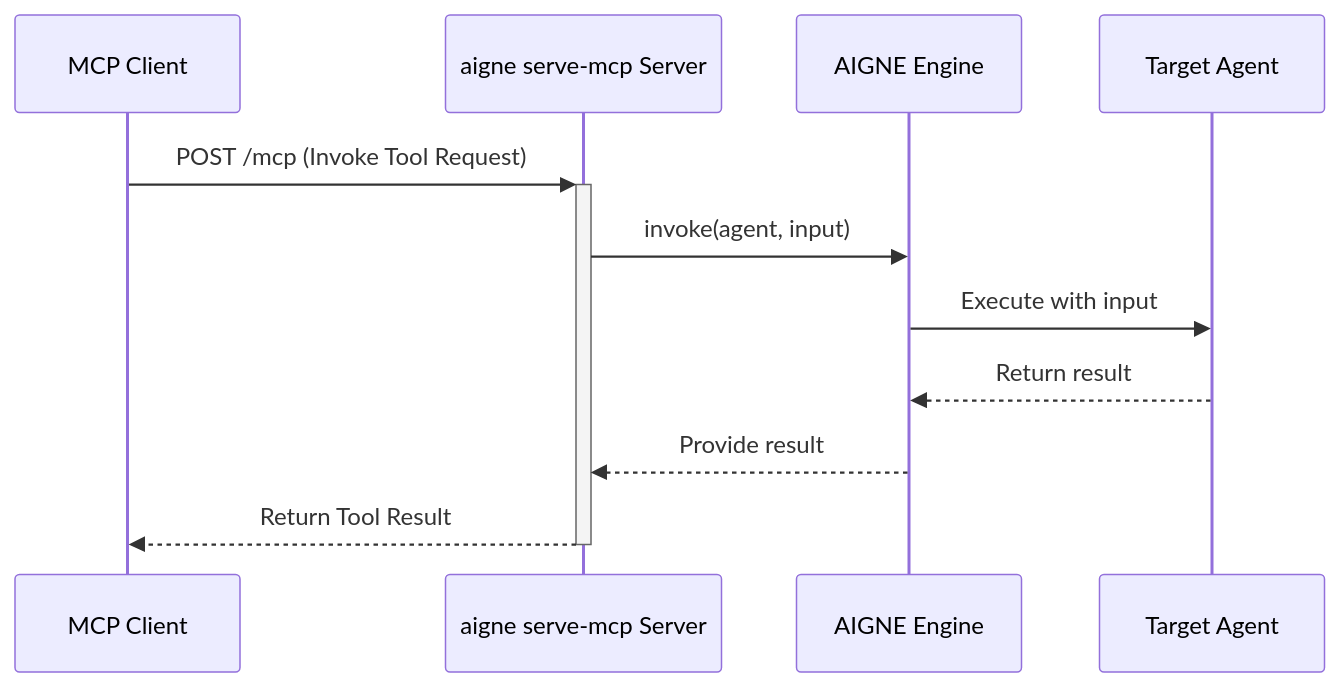
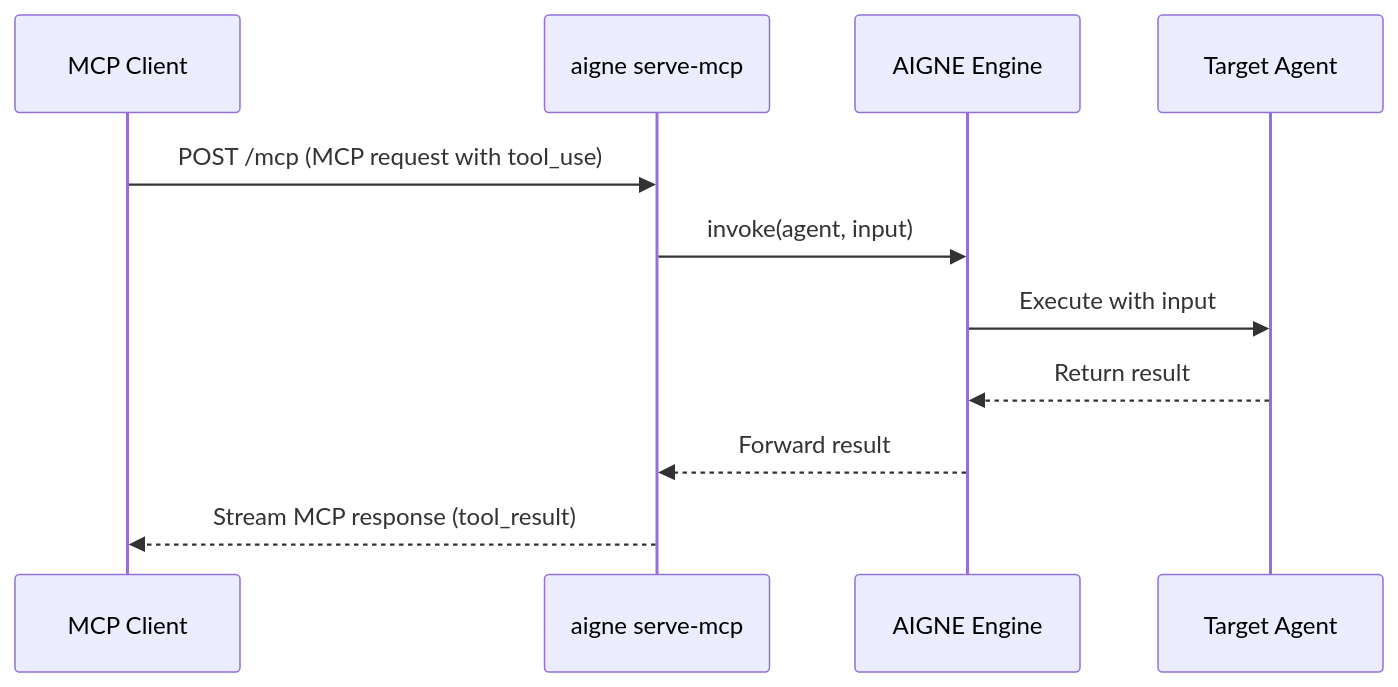
The diagram in packages/cli/docs/command-reference-serve-mcp.md (AIGNE-io/aigne-framework), drawn with Mermaid before and after one commit. The commit also changed other lines of this file and 27 other files, not shown here.

````diff
--- a/packages/cli/docs/command-reference-serve-mcp.md
+++ b/packages/cli/docs/command-reference-serve-mcp.md
@@ -19,14 +24,14 @@
 ```mermaid
 sequenceDiagram
     participant Client as MCP Client
-    participant Server as aigne serve-mcp Server
+    participant Server as aigne serve-mcp
     participant AIGNE as AIGNE Engine
     participant Agent as Target Agent
 
-    Client->>+Server: POST /mcp (Invoke Tool Request)
+    Client->>Server: POST /mcp (MCP request with tool_use)
     Server->>AIGNE: invoke(agent, input)
     AIGNE->>Agent: Execute with input
     Agent-->>AIGNE: Return result
-    AIGNE-->>Server: Provide result
-    Server-->>-Client: Return Tool Result
+    AIGNE-->>Server: Forward result
+    Server-->>Client: Stream MCP response (tool_result)
 ```
````
